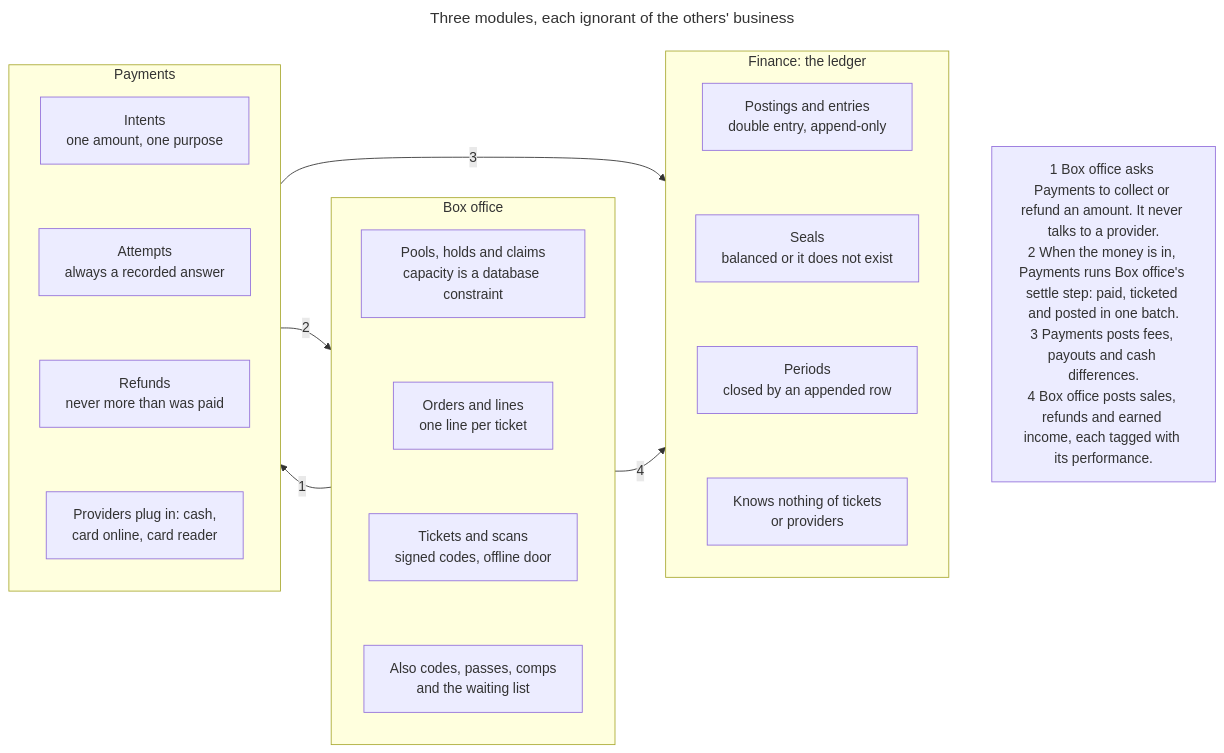
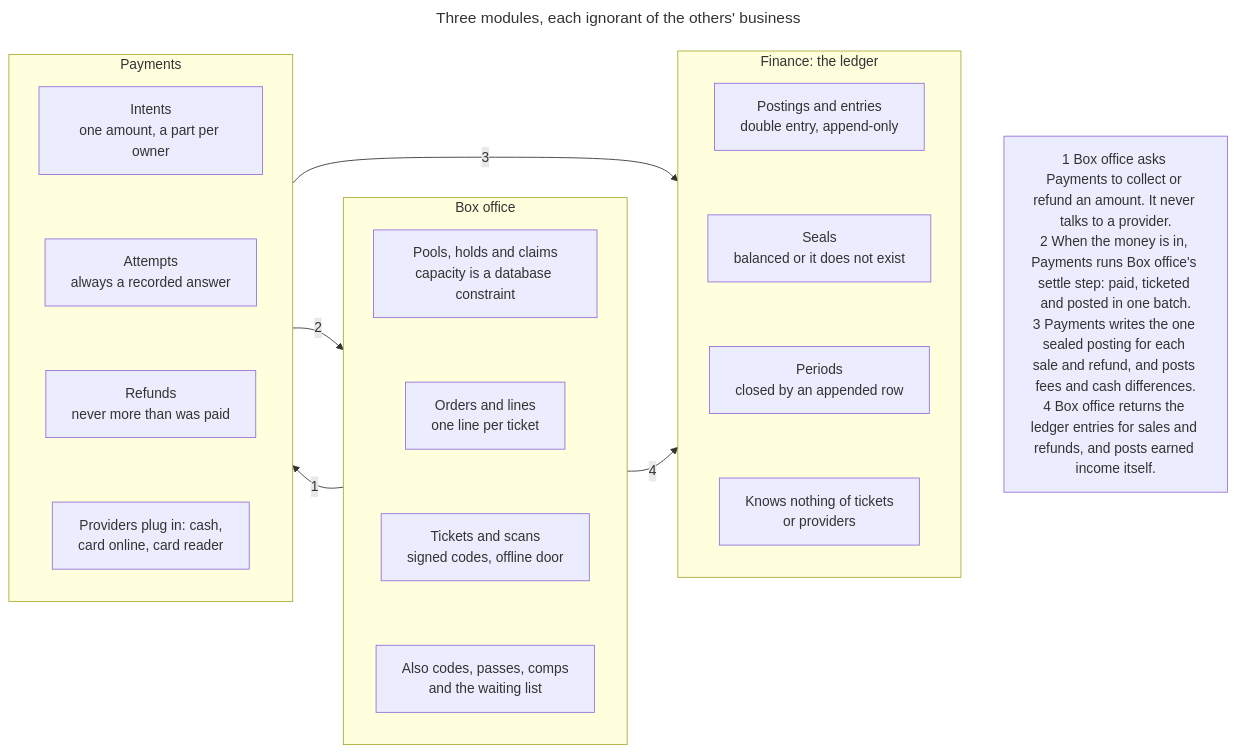
The diagram in docs/specs/box-office-payments-ledger/01-overview.md (newtheatre/proscenium), drawn with Mermaid before and after one commit. The commit also changed other lines of this file and 103 other files, not shown here.

````diff
--- a/docs/specs/box-office-payments-ledger/01-overview.md
+++ b/docs/specs/box-office-payments-ledger/01-overview.md
@@ -21,36 +23,36 @@
 ```mermaid
 ---
 title: "Three modules, each ignorant of the others' business"
 ---
 flowchart LR
   subgraph bo["Box office"]
     direction TB
     bo1["Pools, holds and claims<br/>capacity is a database constraint"]
     bo2["Orders and lines<br/>one line per ticket"]
     bo3["Tickets and scans<br/>signed codes, offline door"]
     bo4["Also codes, passes, comps<br/>and the waiting list"]
     bo1 ~~~ bo2 ~~~ bo3 ~~~ bo4
   end
   subgraph pay["Payments"]
     direction TB
-    pay1["Intents<br/>one amount, one purpose"]
+    pay1["Intents<br/>one amount, a part per owner"]
     pay2["Attempts<br/>always a recorded answer"]
     pay3["Refunds<br/>never more than was paid"]
     pay4["Providers plug in: cash,<br/>card online, card reader"]
     pay1 ~~~ pay2 ~~~ pay3 ~~~ pay4
   end
   subgraph fin["Finance: the ledger"]
     direction TB
     fin1["Postings and entries<br/>double entry, append-only"]
     fin2["Seals<br/>balanced or it does not exist"]
     fin3["Periods<br/>closed by an appended row"]
     fin4["Knows nothing of tickets<br/>or providers"]
     fin1 ~~~ fin2 ~~~ fin3 ~~~ fin4
   end
   bo -->|"1"| pay
   pay -->|"2"| bo
   pay -->|"3"| fin
   bo -->|"4"| fin
-  key["1 Box office asks Payments to collect or refund an amount. It never talks to a provider.<br/>2 When the money is in, Payments runs Box office's settle step: paid, ticketed and posted in one batch.<br/>3 Payments posts fees, payouts and cash differences.<br/>4 Box office posts sales, refunds and earned income, each tagged with its performance."]
+  key["1 Box office asks Payments to collect or refund an amount. It never talks to a provider.<br/>2 When the money is in, Payments runs Box office's settle step: paid, ticketed and posted in one batch.<br/>3 Payments writes the one sealed posting for each sale and refund, and posts fees and cash differences.<br/>4 Box office returns the ledger entries for sales and refunds, and posts earned income itself."]
   fin ~~~ key
 ```
````
